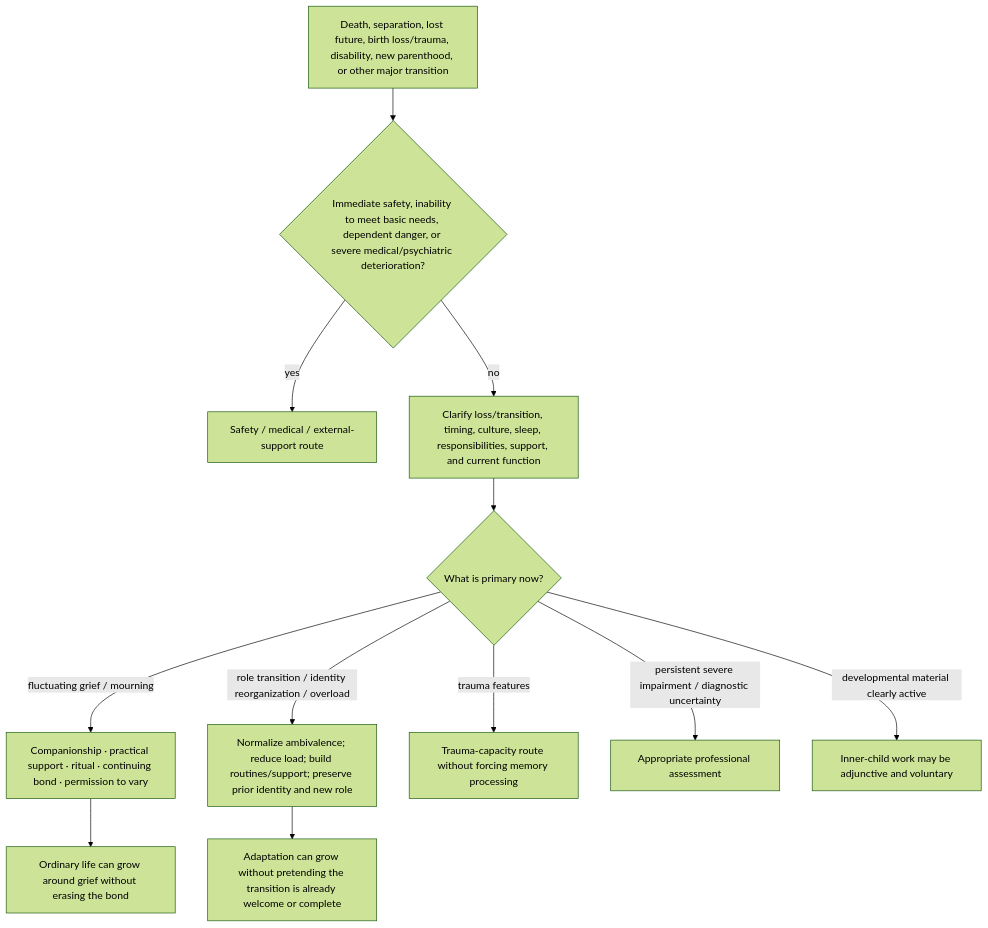
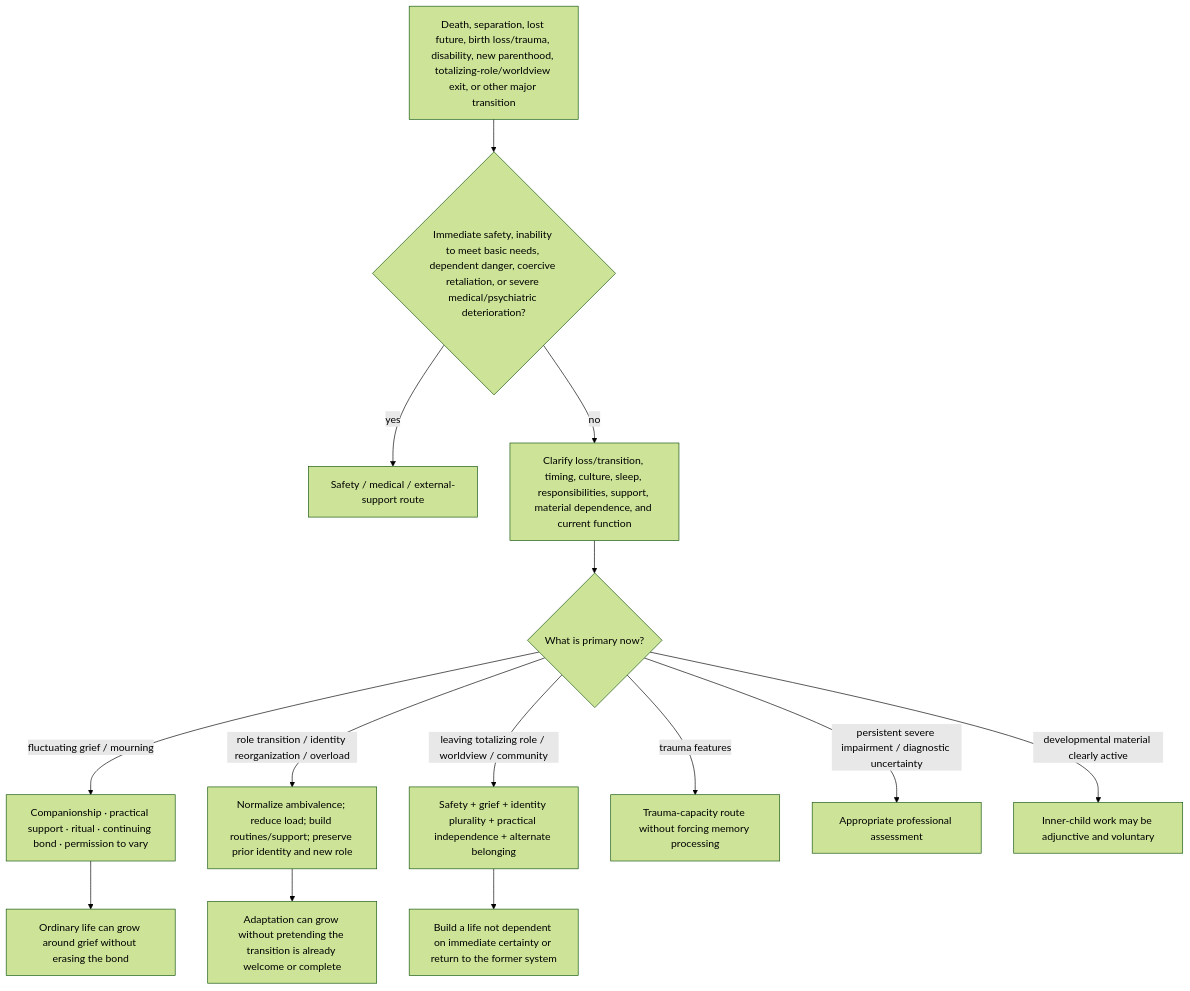
One commit to u-dont-existDOTcom/creativeTailSampling changed the diagram in analysis/inner_child_protocol/maps/13-GRIEF-LOSS-AND-NONPATHOLOGICAL-PAIN.md. Above: the diagram before and after it, drawn with Mermaid (forest theme). The commit also changed other lines of this file, not shown here.

Commit message:
Add totalizing role and worldview exit route

````diff
--- a/analysis/inner_child_protocol/maps/13-GRIEF-LOSS-AND-NONPATHOLOGICAL-PAIN.md
+++ b/analysis/inner_child_protocol/maps/13-GRIEF-LOSS-AND-NONPATHOLOGICAL-PAIN.md
@@ -5,14 +5,16 @@
 ```mermaid
 flowchart TD
-    A["Death, separation, lost future, birth loss/trauma, disability, new parenthood, or other major transition"] --> B{"Immediate safety, inability to meet basic needs, dependent danger, or severe medical/psychiatric deterioration?"}
+    A["Death, separation, lost future, birth loss/trauma, disability, new parenthood, totalizing-role/worldview exit, or other major transition"] --> B{"Immediate safety, inability to meet basic needs, dependent danger, coercive retaliation, or severe medical/psychiatric deterioration?"}
     B -- "yes" --> C["Safety / medical / external-support route"]
-    B -- "no" --> D["Clarify loss/transition, timing, culture, sleep, responsibilities, support, and current function"]
+    B -- "no" --> D["Clarify loss/transition, timing, culture, sleep, responsibilities, support, material dependence, and current function"]
     D --> E{"What is primary now?"}
     E -- "fluctuating grief / mourning" --> F["Companionship · practical support · ritual · continuing bond · permission to vary"]
     E -- "role transition / identity reorganization / overload" --> F2["Normalize ambivalence; reduce load; build routines/support; preserve prior identity and new role"]
+    E -- "leaving totalizing role / worldview / community" --> F3["Safety + grief + identity plurality + practical independence + alternate belonging"]
     E -- "trauma features" --> G["Trauma-capacity route without forcing memory processing"]
     E -- "persistent severe impairment / diagnostic uncertainty" --> H["Appropriate professional assessment"]
     E -- "developmental material clearly active" --> I["Inner-child work may be adjunctive and voluntary"]
     F --> J["Ordinary life can grow around grief without erasing the bond"]
     F2 --> J2["Adaptation can grow without pretending the transition is already welcome or complete"]
+    F3 --> J3["Build a life not dependent on immediate certainty or return to the former system"]
 ```
````
